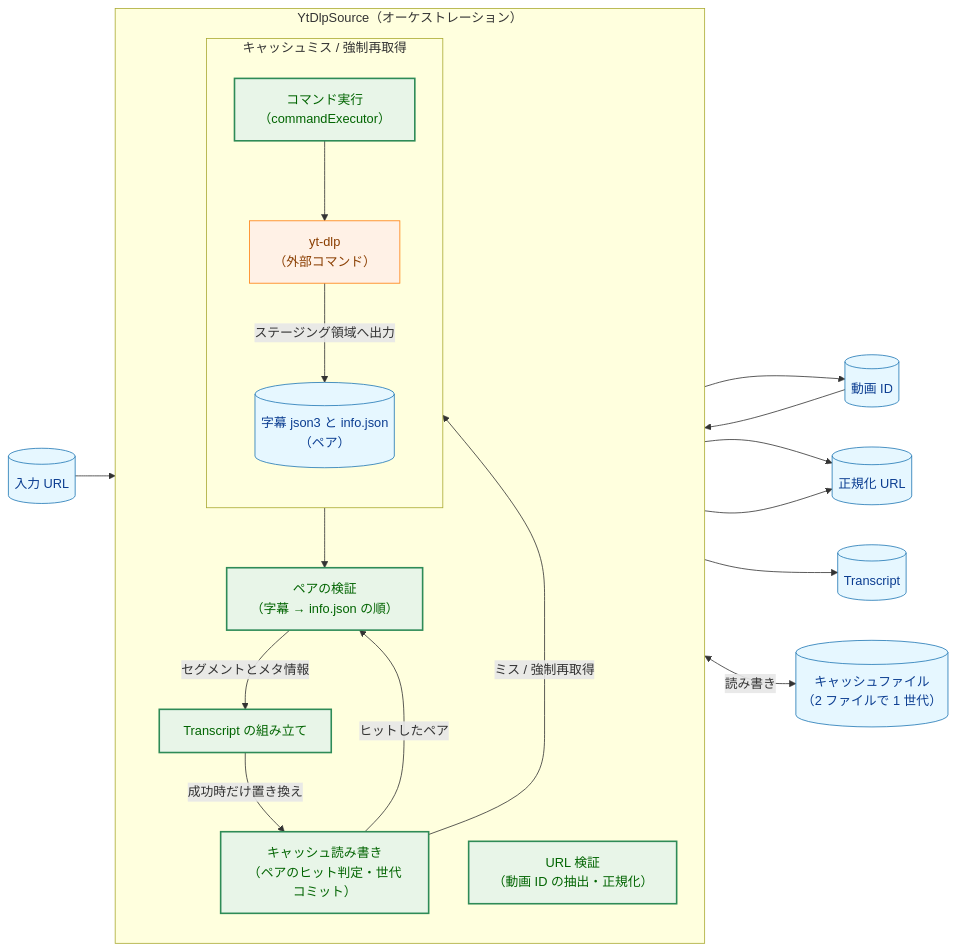
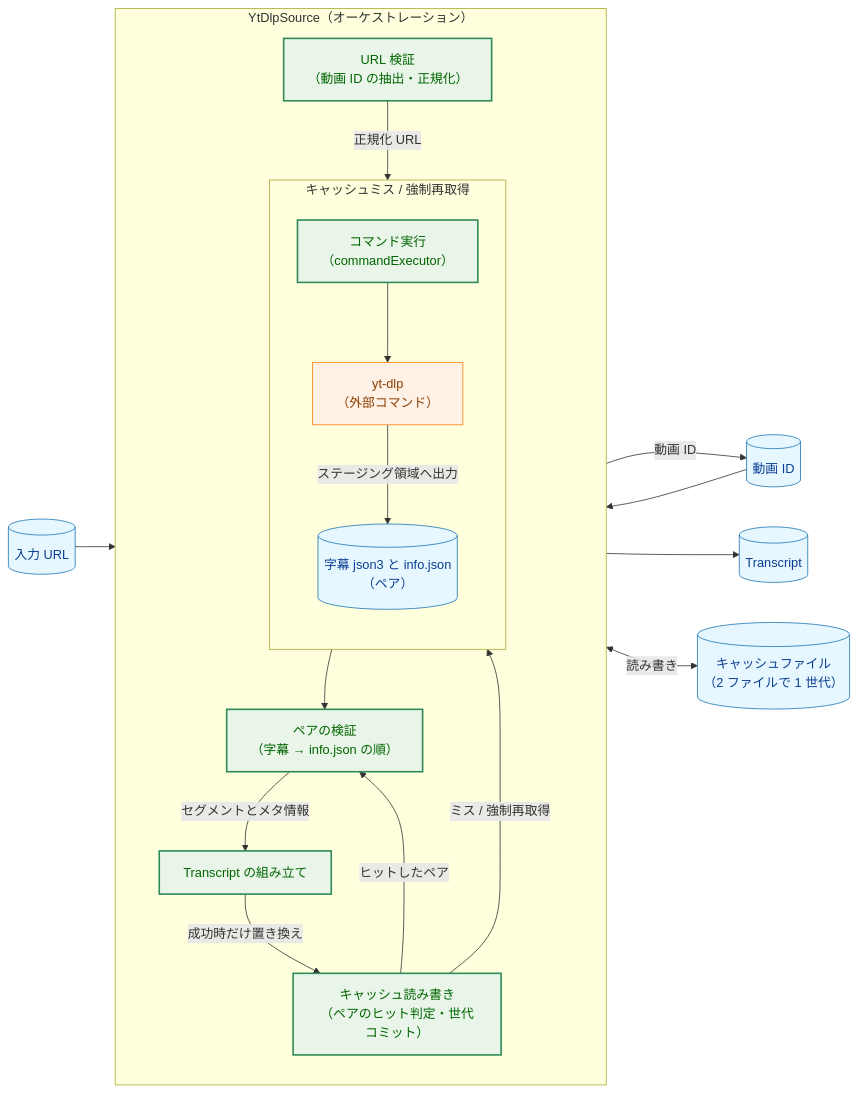
One commit to isseis/yt2column changed the first of 11 diagrams in docs/tasks/0002_ytdlp_transcript_source/02_architecture.md. Above: the diagram before and after it, drawn with Mermaid.

Commit message:
docs(0002): drop the normalized URL storage node from figure 1
The normalized URL is a transient argument to yt-dlp, not stored data,
so it no longer appears as a cylinder node; the URL validation step
now carries it on the edge to command execution.

````diff
--- a/docs/tasks/0002_ytdlp_transcript_source/02_architecture.md
+++ b/docs/tasks/0002_ytdlp_transcript_source/02_architecture.md
@@ -26,47 +26,45 @@
 ```mermaid
 flowchart LR
     classDef data fill:#e6f7ff,stroke:#1f77b4,stroke-width:1px,color:#0b3d91;
     classDef enhanced fill:#e8f5e8,stroke:#2e8b57,stroke-width:2px,color:#006400;
     classDef process fill:#fff1e6,stroke:#ff7f0e,stroke-width:1px,color:#8a3e00;
 
     URL[("入力 URL")]
 
     subgraph SRC["YtDlpSource（オーケストレーション）"]
         direction TB
         VID["URL 検証<br>（動画 ID の抽出・正規化）"]
         CACHE["キャッシュ読み書き<br>（ペアのヒット判定・世代コミット）"]
         PARSE["ペアの検証<br>（字幕 → info.json の順）"]
         ASM["Transcript の組み立て"]
 
         subgraph MISS["キャッシュミス / 強制再取得"]
             direction TB
             RUN["コマンド実行<br>（commandExecutor）"]
             YTDLP["yt-dlp<br>（外部コマンド）"]
             PAIR[("字幕 json3 と info.json<br>（ペア）")]
             RUN --> YTDLP
             YTDLP -->|"ステージング領域へ出力"| PAIR
         end
     end
 
     ID[("動画 ID")]
-    NURL[("正規化 URL")]
     CF[("キャッシュファイル<br>（2 ファイルで 1 世代）")]
     TC[("Transcript")]
 
     URL --> VID
-    VID --> ID
-    VID --> NURL
+    VID -->|"動画 ID"| ID
+    VID -->|"正規化 URL"| RUN
     ID --> CACHE
     CACHE -->|"ヒットしたペア"| PARSE
     CACHE -->|"ミス / 強制再取得"| RUN
-    RUN --> NURL
     PAIR --> PARSE
     PARSE -->|"セグメントとメタ情報"| ASM
     ASM -->|"成功時だけ置き換え"| CACHE
     ASM --> TC
     CACHE <-->|"読み書き"| CF
 
-    class URL,ID,NURL,PAIR,CF,TC data
+    class URL,ID,PAIR,CF,TC data
     class VID,CACHE,PARSE,ASM,RUN enhanced
     class YTDLP process
 ```
````
